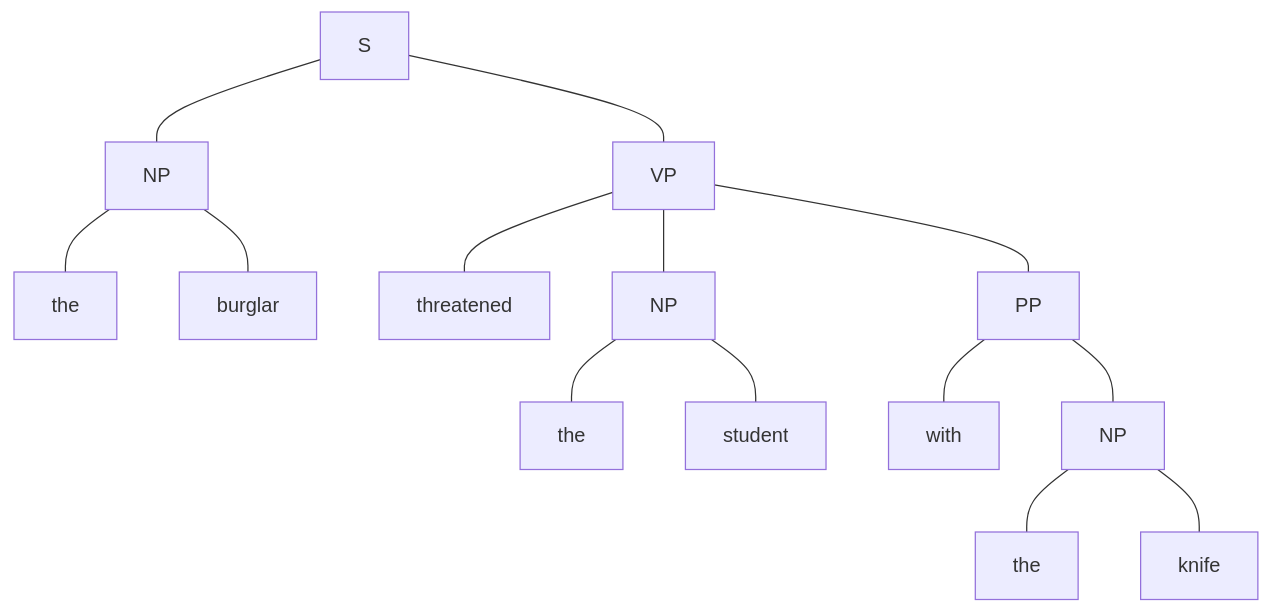
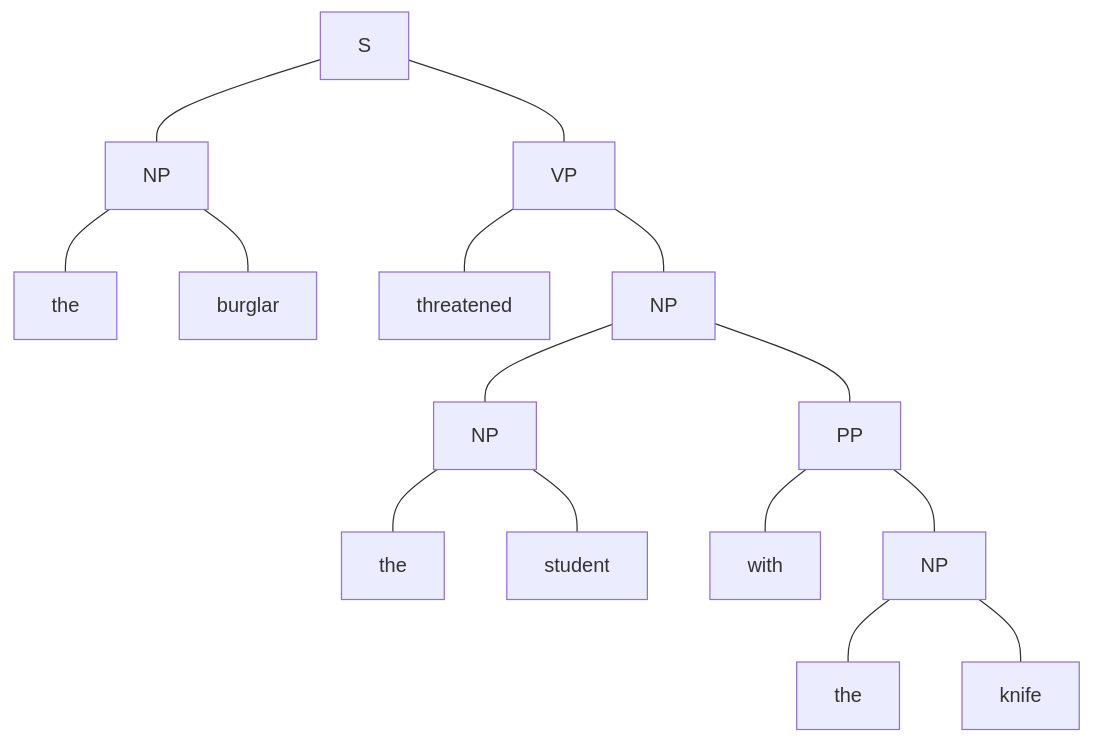
Before and after one commit to CSS-TARUMT-PG/BACS3074-Past-Year-Answer: the third of 5 diagrams in 2025-MAY/answer.md, drawn with Mermaid. The commit also changed other lines of this file, not shown here.

````diff
--- a/2025-MAY/answer.md
+++ b/2025-MAY/answer.md
@@ -98,16 +98,17 @@
 ```mermaid
 graph TD
     S --- NP1["NP"]
     S --- VP1["VP"]
     NP1 --- Det1["the"]
     NP1 --- N1["burglar"]
     VP1 --- V1["threatened"]
-    VP1 --- NP2["NP"]
+    VP1 --- NP4["NP"]
+    NP4 --- NP2["NP"]
+    NP4 --- PP1["PP"]
     NP2 --- Det2["the"]
     NP2 --- N2["student"]
-    VP1 --- PP1["PP"]
     PP1 --- P1["with"]
     PP1 --- NP3["NP"]
     NP3 --- Det3["the"]
     NP3 --- N3["knife"]
 ```
````
